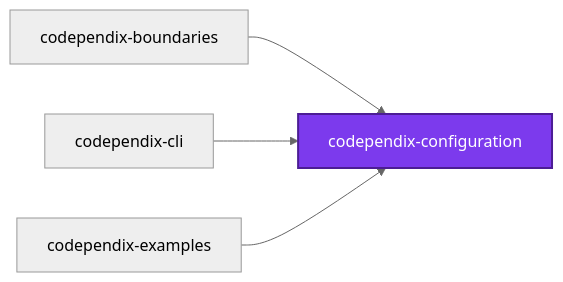
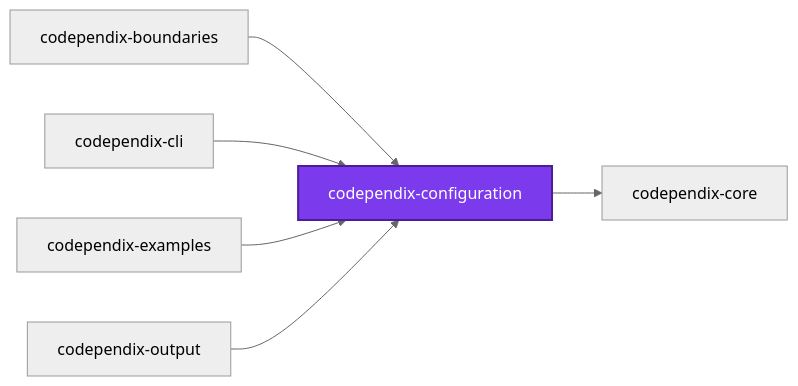
One commit to JimmyPaolini/codebase changed the first of 3 diagrams in packages/ic-suite/codependix/codependix-configuration/README.md. Above: the diagram before and after it, drawn with Mermaid (neutral theme). The commit also changed other lines of this file and 16 other files, not shown here.

Commit message:
refactor(codependix): ♻️ measure the moved size limits and regenerate the module graphs

````diff
--- a/packages/ic-suite/codependix/codependix-configuration/README.md
+++ b/packages/ic-suite/codependix/codependix-configuration/README.md
@@ -14,12 +14,16 @@
 ```mermaid
 graph LR
   codependix_boundaries["codependix-boundaries"]
   codependix_cli["codependix-cli"]
   codependix_configuration["codependix-configuration"]
+  codependix_core["codependix-core"]
   codependix_examples["codependix-examples"]
+  codependix_output["codependix-output"]
   codependix_boundaries --> codependix_configuration
   codependix_cli --> codependix_configuration
+  codependix_configuration --> codependix_core
   codependix_examples --> codependix_configuration
+  codependix_output --> codependix_configuration
   classDef subject fill:#7c3aed,color:#fff,stroke:#4c1d95,stroke-width:2px
   class codependix_configuration subject
 ```
````
